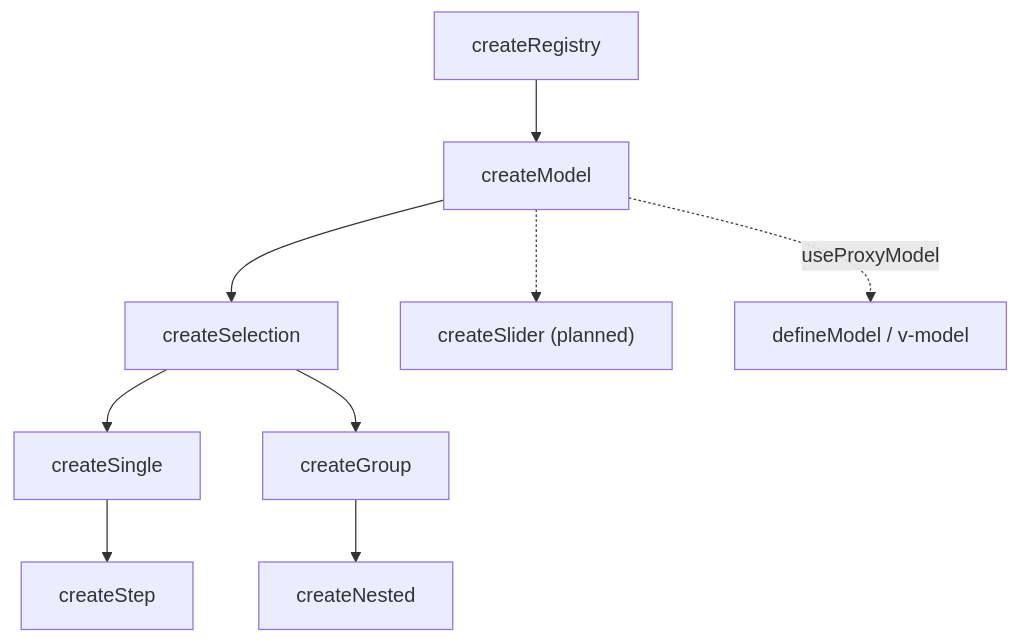
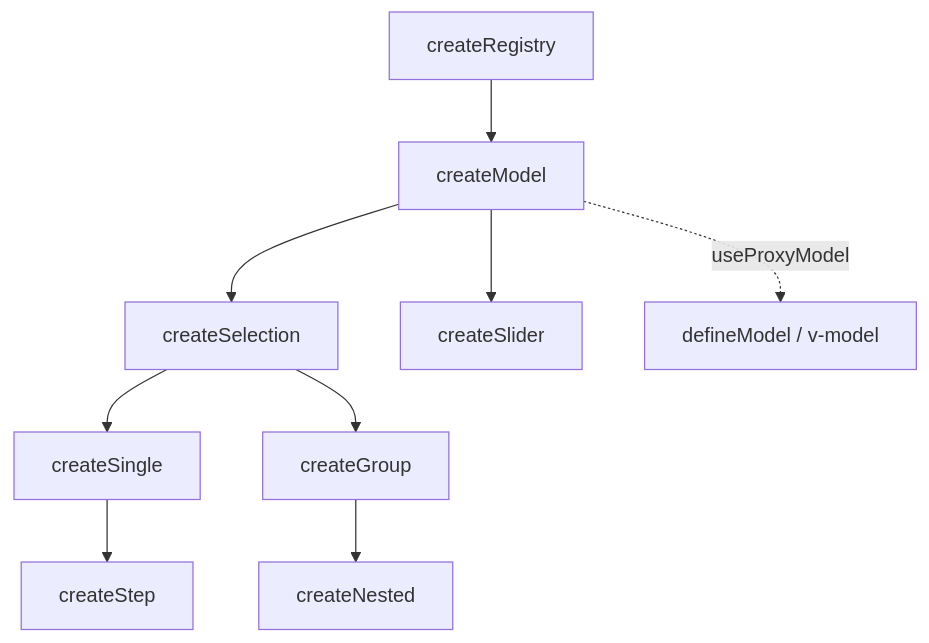
The first of 3 diagrams in apps/docs/src/pages/composables/selection/create-model.md (vuetifyjs/0), drawn with Mermaid before and after one commit. The commit also changed other lines of this file and 3 other files, not shown here.

First line of the commit message:
feat(createModel): add multiple option for multi-select accumulation

````diff
--- a/apps/docs/src/pages/composables/selection/create-model.md
+++ b/apps/docs/src/pages/composables/selection/create-model.md
@@ -53,11 +53,11 @@
 ```mermaid "Model Hierarchy"
 flowchart TD
   createRegistry --> createModel:::primary
   createModel --> createSelection
-  createModel -.-> createSlider["createSlider (planned)"]
+  createModel --> createSlider
   createSelection --> createSingle
   createSelection --> createGroup
   createSingle --> createStep
   createGroup --> createNested
   createModel -. "useProxyModel" .-> defineModel["defineModel / v-model"]
 ```
````
